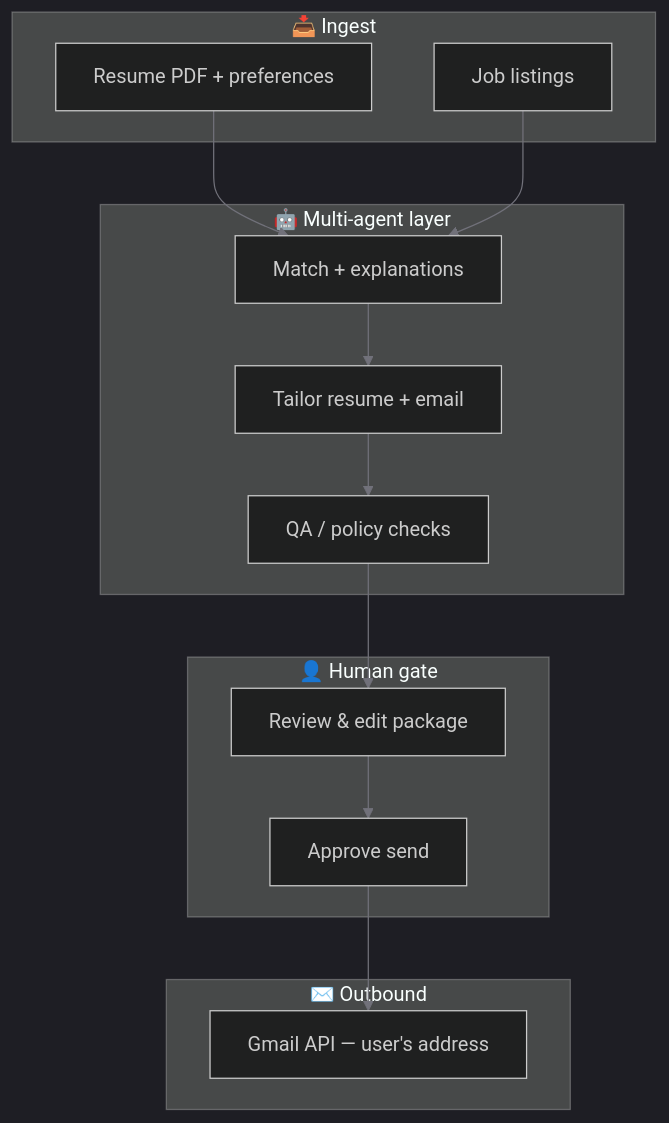
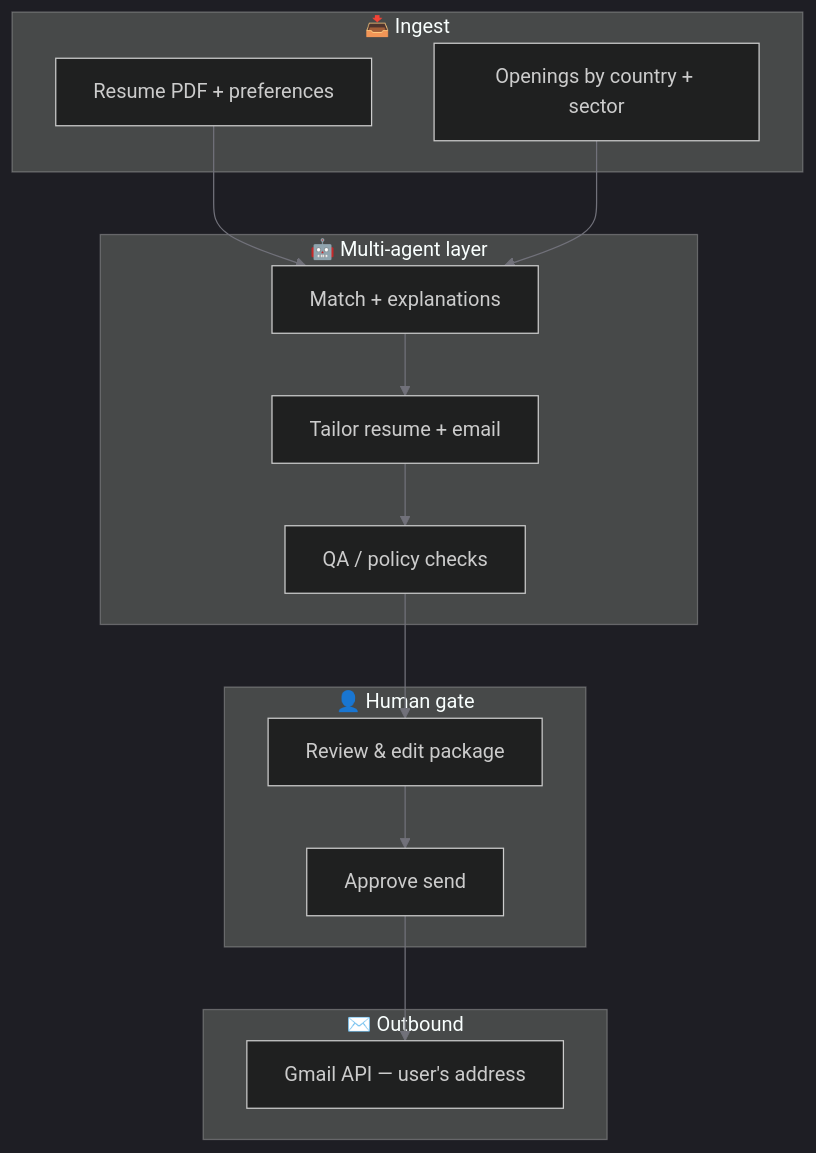
The diagram in README.md (frank-asket/daubo), drawn with Mermaid before and after one commit. The commit also changed other lines of this file and 59 other files, not shown here.

````diff
--- a/README.md
+++ b/README.md
@@ -46,27 +47,27 @@
 ```mermaid
 %%{init: { "theme": "dark", "themeVariables": { "primaryColor": "#4ade80", "primaryTextColor": "#0a0a0a", "lineColor": "#71717a" }}}%%
 flowchart TB
   subgraph ingest["📥 Ingest"]
     R[Resume PDF + preferences]
-    J[Job listings]
+    J[Openings by country + sector]
   end
 
   subgraph agents["🤖 Multi-agent layer"]
     M[Match + explanations]
     T[Tailor resume + email]
     Q[QA / policy checks]
   end
 
   subgraph human["👤 Human gate"]
     A[Review & edit package]
     P[Approve send]
   end
 
   subgraph outbound["✉️ Outbound"]
     G[Gmail API — user's address]
   end
 
   R --> M
   J --> M
   M --> T --> Q --> A --> P --> G
 ```
````
